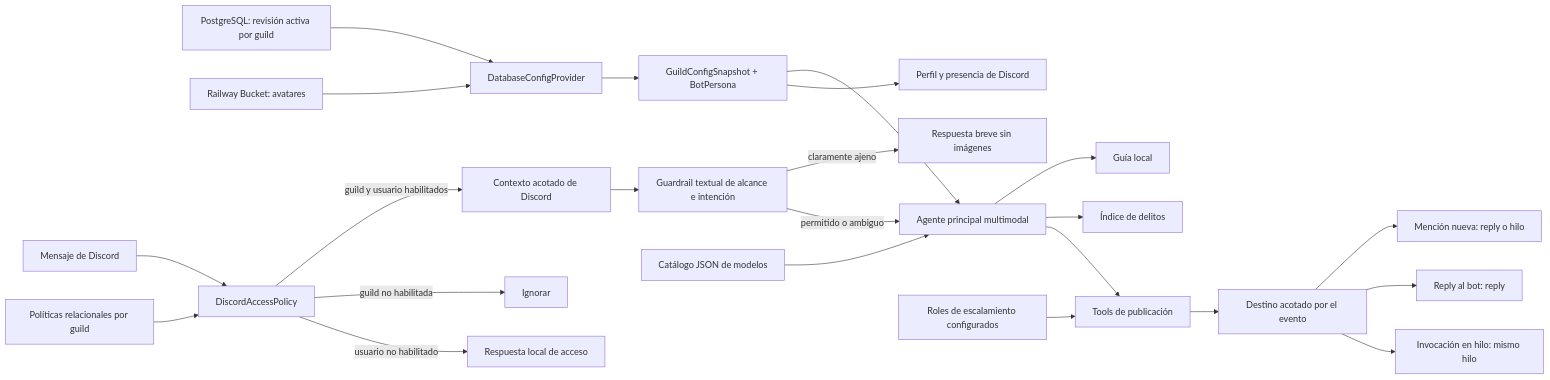
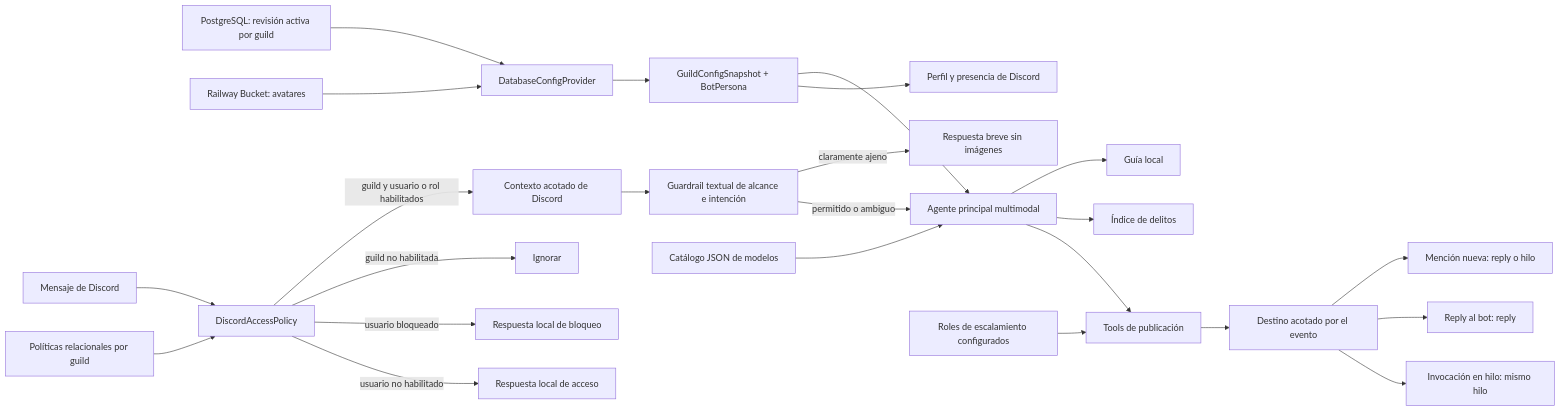
Before and after one commit to SouthViking/arrest-report-agent: the diagram in docs/ARCHITECTURE.md, drawn with Mermaid. The commit also changed other lines of this file and 21 other files, not shown here.

````diff
--- a/docs/ARCHITECTURE.md
+++ b/docs/ARCHITECTURE.md
@@ -5,25 +5,26 @@
 ```mermaid
 flowchart LR
     V["PostgreSQL: revisión activa por guild"] --> B["DatabaseConfigProvider"]
     K["Railway Bucket: avatares"] --> B
     B --> Q["GuildConfigSnapshot + BotPersona"]
     Q --> R
     Q --> Y["Perfil y presencia de Discord"]
     M["Mensaje de Discord"] --> T["DiscordAccessPolicy"]
     A["Políticas relacionales por guild"] --> T
-    T -->|"guild y usuario habilitados"| C["Contexto acotado de Discord"]
+    T -->|"guild y usuario o rol habilitados"| C["Contexto acotado de Discord"]
     T -->|"guild no habilitada"| I["Ignorar"]
+    T -->|"usuario bloqueado"| L["Respuesta local de bloqueo"]
     T -->|"usuario no habilitado"| U["Respuesta local de acceso"]
     C --> S["Guardrail textual de alcance e intención"]
     S -->|"claramente ajeno"| O["Respuesta breve sin imágenes"]
     S -->|"permitido o ambiguo"| R["Agente principal multimodal"]
     J["Catálogo JSON de modelos"] --> R
     R --> G["Guía local"]
     R --> D["Índice de delitos"]
     R --> P["Tools de publicación"]
     E["Roles de escalamiento configurados"] --> P
     P --> X["Destino acotado por el evento"]
     X --> H["Mención nueva: reply o hilo"]
     X --> N["Reply al bot: reply"]
     X --> F["Invocación en hilo: mismo hilo"]
 ```
````
